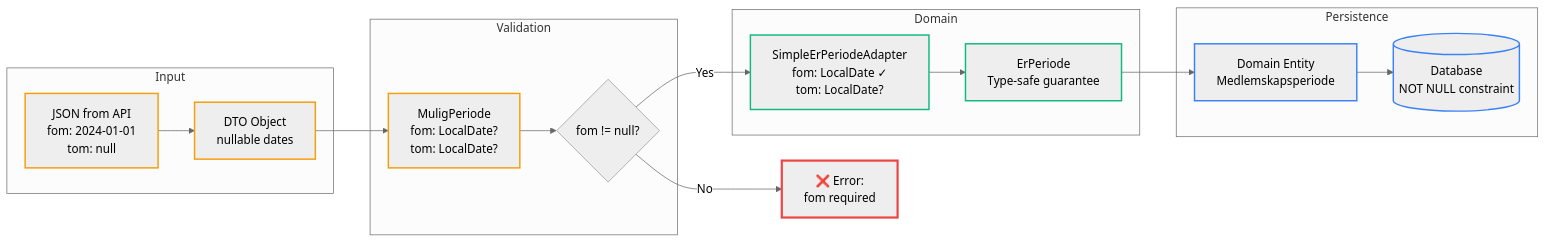
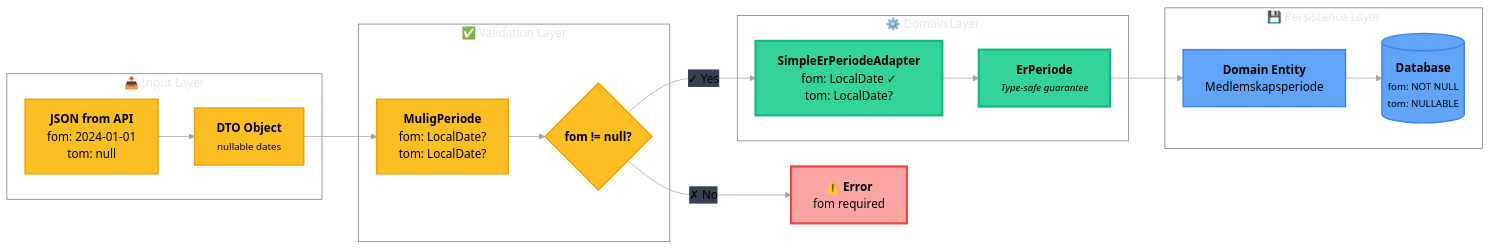
The third of 4 diagrams in ErPeriode-Solution.md (navikt/melosys-api), drawn with Mermaid before and after one commit. The commit also changed other lines of this file, not shown here.

Commit message:
Oppdater diagram

````diff
--- a/ErPeriode-Solution.md
+++ b/ErPeriode-Solution.md
@@ -181,43 +190,61 @@
 ```mermaid
-%%{init: {'theme':'neutral'}}%%
+%%{init: {'theme':'base', 'themeVariables': {
+  'primaryColor':'#fbbf24',
+  'primaryTextColor':'#000000',
+  'primaryBorderColor':'#f59e0b',
+  'lineColor':'#9ca3af',
+  'secondaryColor':'#34d399',
+  'tertiaryColor':'#60a5fa',
+  'fontSize':'16px',
+  'fontFamily':'system-ui',
+  'clusterBkg':'transparent',
+  'clusterBorder':'#6b7280',
+  'edgeLabelBackground':'#374151',
+  'mainBkg':'transparent',
+  'nodeBorder':'#374151',
+  'titleColor':'#e5e7eb',
+  'textColor':'#e5e7eb'
+}}}%%
+
 flowchart LR
-    subgraph Input
-        JSON[JSON from API<br/>fom: 2024-01-01<br/>tom: null]
-        DTO[DTO Object<br/>nullable dates]
+    subgraph Input["📥 Input Layer"]
+        JSON["<b>JSON from API</b><br/>fom: 2024-01-01<br/>tom: null"]
+        DTO["<b>DTO Object</b><br/><small>nullable dates</small>"]
     end
 
-    subgraph Validation
-        MP[MuligPeriode<br/>fom: LocalDate?<br/>tom: LocalDate?]
-
-        V{fom != null?}
+    subgraph Validation["✅ Validation Layer"]
+        MP["<b>MuligPeriode</b><br/>fom: LocalDate?<br/>tom: LocalDate?"]
+        V{"<b>fom != null?</b>"}
     end
 
-    subgraph Domain
-        SEA[SimpleErPeriodeAdapter<br/>fom: LocalDate ✓<br/>tom: LocalDate?]
-        EP[ErPeriode<br/>Type-safe guarantee]
+    subgraph Domain["⚙️ Domain Layer"]
+        SEA["<b>SimpleErPeriodeAdapter</b><br/>fom: LocalDate ✓<br/>tom: LocalDate?"]
+        EP["<b>ErPeriode</b><br/><small><i>Type-safe guarantee</i></small>"]
     end
 
-    subgraph Persistence
-        ENT[Domain Entity<br/>Medlemskapsperiode]
-        DB[(Database<br/>NOT NULL constraint)]
+    subgraph Persistence["💾 Persistence Layer"]
+        ENT["<b>Domain Entity</b><br/>Medlemskapsperiode"]
+        DB[("<b>Database</b><br/><small>fom: NOT NULL</small><br/><small>tom: NULLABLE</small>")]
     end
 
     JSON --> DTO
     DTO --> MP
     MP --> V
-    V -->|Yes| SEA
-    V -->|No| ERR[❌ Error:<br/>fom required]
+    V -->|"✓ Yes"| SEA
+    V -->|"✗ No"| ERR["<b>⚠️ Error</b><br/>fom required"]
     SEA --> EP
     EP --> ENT
     ENT --> DB
 
-    classDef inputClass stroke:#f59e0b,stroke-width:2px
-    classDef domainClass stroke:#10b981,stroke-width:2px
-    classDef dbClass stroke:#3b82f6,stroke-width:2px
-    classDef errorClass stroke:#ef4444,stroke-width:3px
+    classDef inputClass fill:#fbbf24,stroke:#f59e0b,stroke-width:2px,color:#000000
+    classDef validationClass fill:#fbbf24,stroke:#f59e0b,stroke-width:2px,color:#000000
+    classDef domainClass fill:#34d399,stroke:#10b981,stroke-width:3px,color:#000000
+    classDef dbClass fill:#60a5fa,stroke:#3b82f6,stroke-width:2px,color:#000000
+    classDef errorClass fill:#fca5a5,stroke:#ef4444,stroke-width:3px,color:#000000
 
     class JSON,DTO,MP inputClass
+    class V validationClass
     class SEA,EP domainClass
     class ENT,DB dbClass
     class ERR errorClass
 ```
````
